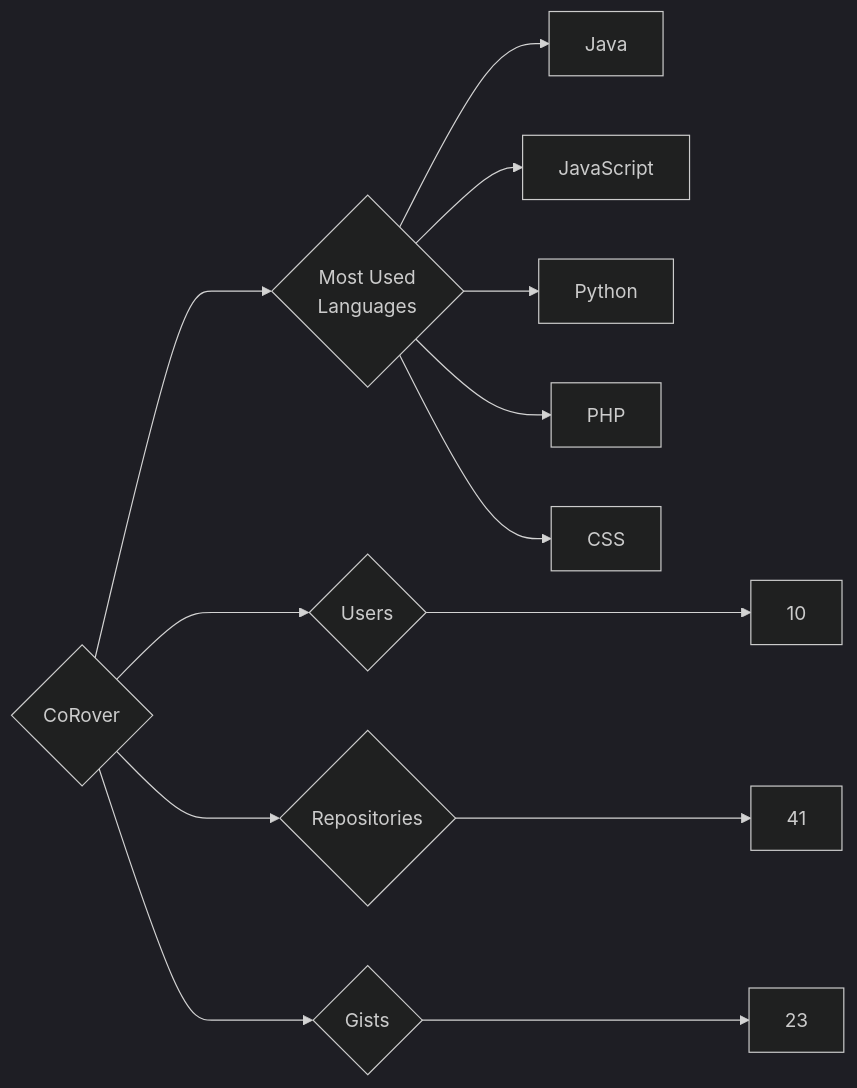
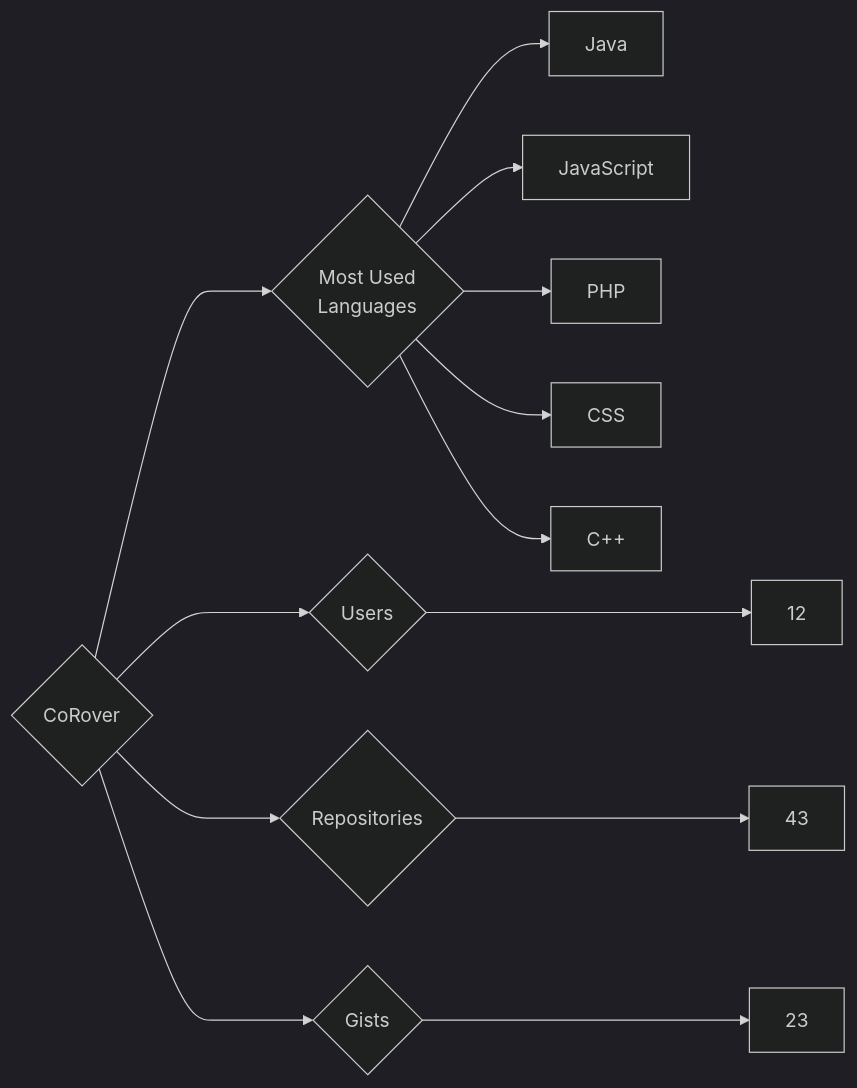
Before and after one commit to trickest/insiders: the diagram in targets/CoRover/README.md, drawn with Mermaid (dark theme). The commit also changed 1170 other files, not shown here.

````diff
--- a/targets/CoRover/README.md
+++ b/targets/CoRover/README.md
@@ -3,13 +3,13 @@
 ```mermaid
 graph LR
 COMPANY_NAME{CoRover}
-COMPANY_NAME ---> U{Users} ---> UN[10]
-COMPANY_NAME ---> R{Repositories} ---> RN[41]
+COMPANY_NAME ---> U{Users} ---> UN[12]
+COMPANY_NAME ---> R{Repositories} ---> RN[43]
 COMPANY_NAME ---> G{Gists} ---> GN[23]
 COMPANY_NAME ---> ML{Most Used<br>Languages}
 ML --> Java[Java]
 ML --> JavaScript[JavaScript]
-ML --> Python[Python]
 ML --> PHP[PHP]
 ML --> CSS[CSS]
+ML --> C++[C++]
 ```
````
